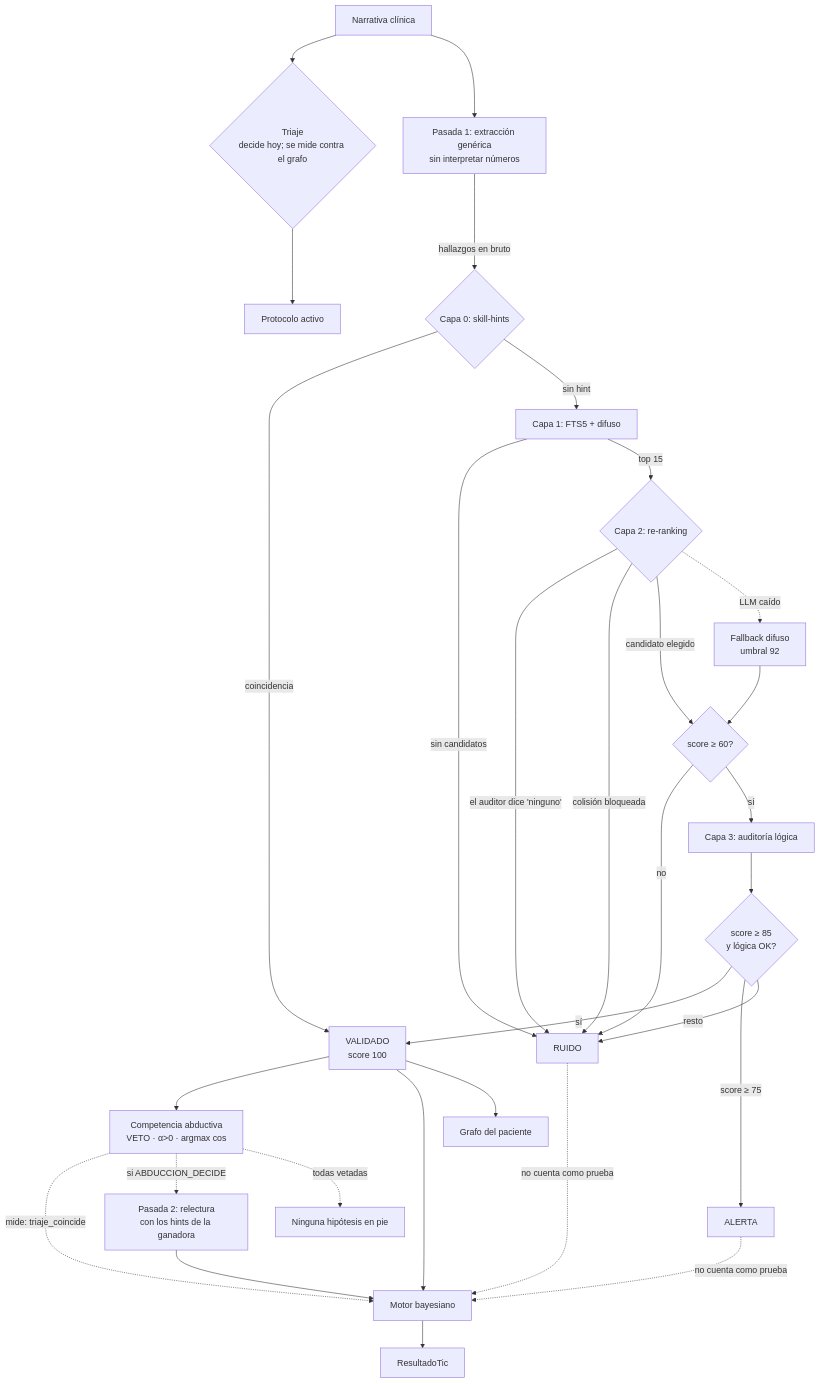
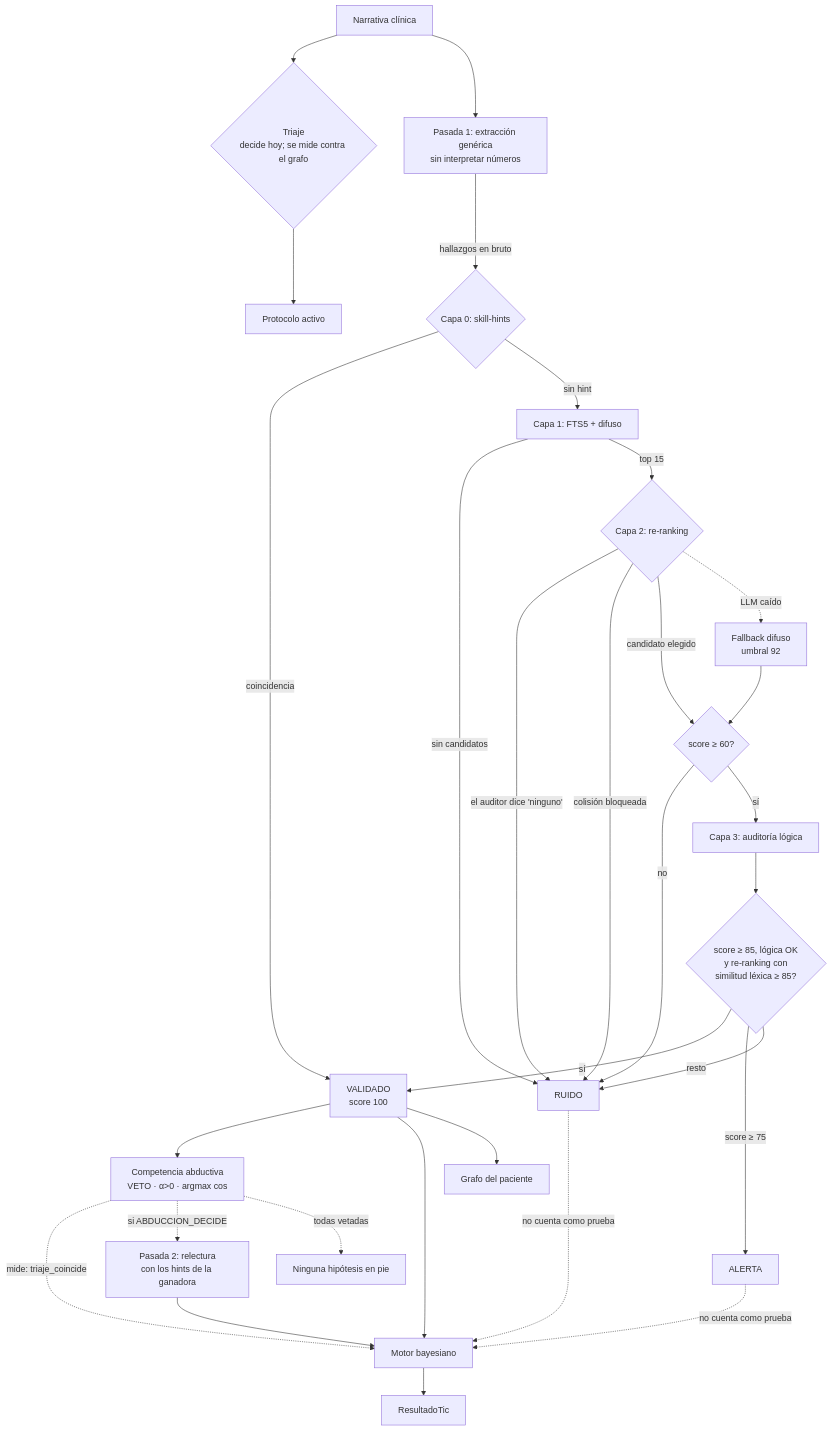
Before and after one commit to alcyedmundo281/holonmed: the diagram in docs/ARQUITECTURA.md, drawn with Mermaid. The commit also changed 6 other files, not shown here.

````diff
--- a/docs/ARQUITECTURA.md
+++ b/docs/ARQUITECTURA.md
@@ -14,40 +14,40 @@
 ```mermaid
 flowchart TD
     A[Narrativa clínica] --> B{Triaje<br/>decide hoy; se mide contra el grafo}
     B --> C[Protocolo activo]
 
     A --> D[Pasada 1: extracción genérica<br/>sin interpretar números]
     D -->|hallazgos en bruto| E{Capa 0: skill-hints}
 
     E -->|coincidencia| V[VALIDADO<br/>score 100]
     E -->|sin hint| F[Capa 1: FTS5 + difuso]
 
     F -->|sin candidatos| R[RUIDO]
     F -->|top 15| G{Capa 2: re-ranking}
 
     G -->|el auditor dice 'ninguno'| R
     G -->|colisión bloqueada| R
     G -->|candidato elegido| H{score ≥ 60?}
     G -.->|LLM caído| I[Fallback difuso<br/>umbral 92]
     I --> H
 
     H -->|no| R
     H -->|sí| J[Capa 3: auditoría lógica]
 
-    J --> K{score ≥ 85<br/>y lógica OK?}
+    J --> K{score ≥ 85, lógica OK<br/>y re-ranking con<br/>similitud léxica ≥ 85?}
     K -->|sí| V
     K -->|score ≥ 75| AL[ALERTA]
     K -->|resto| R
 
     V --> CA[Competencia abductiva<br/>VETO · α>0 · argmax cos]
     CA -.->|mide: triaje_coincide| M
     CA -.->|si ABDUCCION_DECIDE| P2[Pasada 2: relectura<br/>con los hints de la ganadora]
     CA -.->|todas vetadas| TV[Ninguna hipótesis en pie]
     P2 --> M
 
     V --> M[Motor bayesiano]
     AL -.->|no cuenta como prueba| M
     R -.->|no cuenta como prueba| M
     M --> N[ResultadoTic]
     V --> G2[Grafo del paciente]
 ```
````
